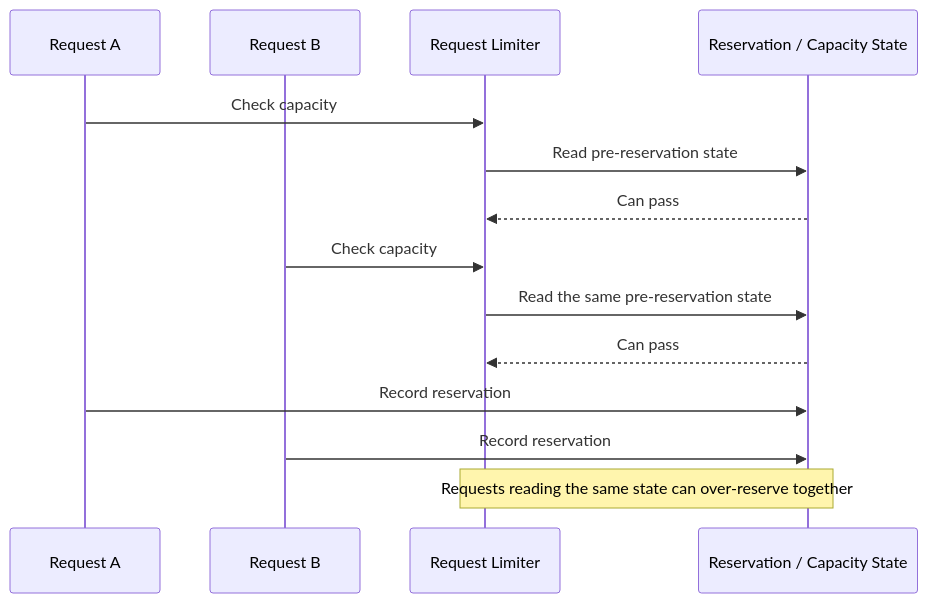
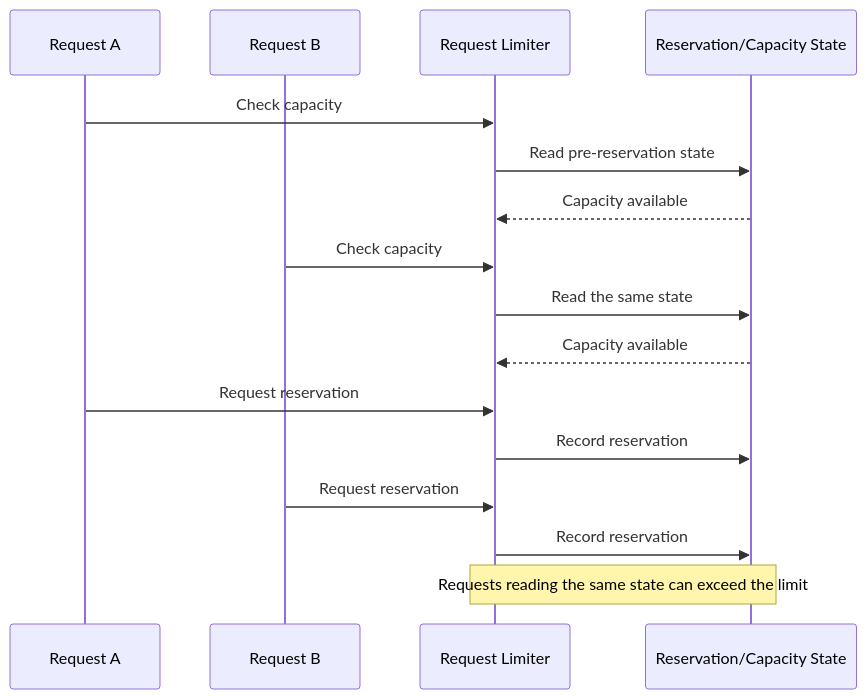
One commit to zmrdltl/portfolio changed the diagram in docs/experience/cluml.en.md. Above: the diagram before and after it, drawn with Mermaid. The commit also changed other lines of this file and 1 other file, not shown here.

````diff
--- a/docs/experience/cluml.en.md
+++ b/docs/experience/cluml.en.md
@@ -36,17 +13,19 @@
 ```mermaid
 sequenceDiagram
   participant A as Request A
   participant B as Request B
   participant L as Request Limiter
-  participant S as Reservation / Capacity State
+  participant S as Reservation/Capacity State
 
   A->>L: Check capacity
   L->>S: Read pre-reservation state
-  S-->>L: Can pass
+  S-->>L: Capacity available
   B->>L: Check capacity
-  L->>S: Read the same pre-reservation state
-  S-->>L: Can pass
-  A->>S: Record reservation
-  B->>S: Record reservation
-  Note over L,S: Requests reading the same state can over-reserve together
+  L->>S: Read the same state
+  S-->>L: Capacity available
+  A->>L: Request reservation
+  L->>S: Record reservation
+  B->>L: Request reservation
+  L->>S: Record reservation
+  Note over L,S: Requests reading the same state can exceed the limit
 ```
````
